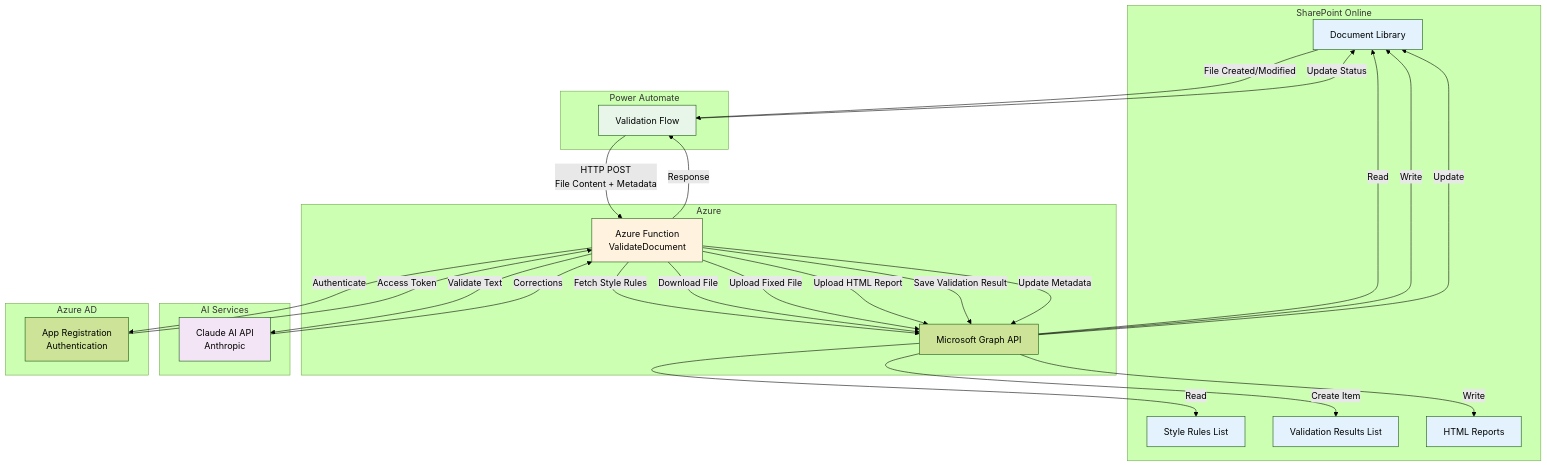
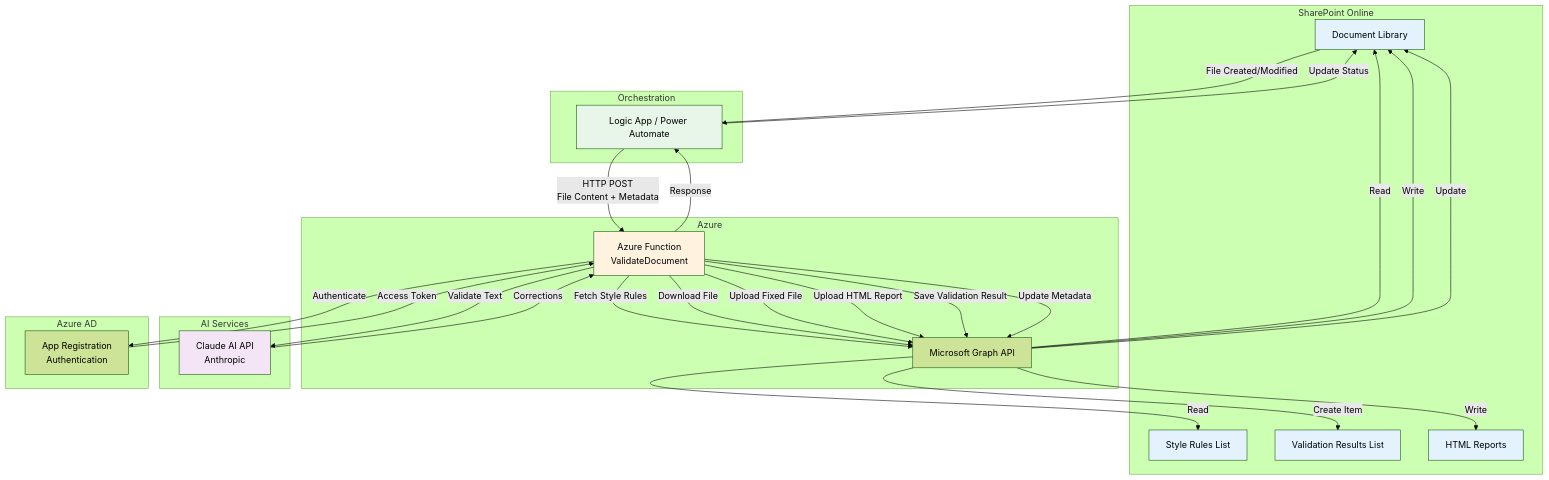
Before and after one commit to stephencummins/MaceStyle: the first of 4 diagrams in docs/1-technical-architecture.md, drawn with Mermaid (forest theme). The commit also changed other lines of this file and 4 other files, not shown here.

First line of the commit message:
Update all docs for v5.0: multi-format, Logic App, DevOps, UK spelling

````diff
--- a/docs/1-technical-architecture.md
+++ b/docs/1-technical-architecture.md
@@ -9,64 +9,64 @@
 ```mermaid
 graph TB
     subgraph "SharePoint Online"
         DOC[Document Library]
         RULES[Style Rules List]
         RESULTS[Validation Results List]
         REPORT[HTML Reports]
     end
 
-    subgraph "Power Automate"
-        FLOW[Validation Flow]
+    subgraph "Orchestration"
+        FLOW[Logic App / Power Automate]
     end
 
     subgraph "Azure"
         FUNC[Azure Function<br/>ValidateDocument]
         GRAPH[Microsoft Graph API]
     end
 
     subgraph "AI Services"
         CLAUDE[Claude AI API<br/>Anthropic]
     end
 
     subgraph "Azure AD"
         AUTH[App Registration<br/>Authentication]
     end
 
     DOC -->|File Created/Modified| FLOW
     FLOW -->|HTTP POST<br/>File Content + Metadata| FUNC
 
     FUNC -->|Authenticate| AUTH
     AUTH -->|Access Token| FUNC
 
     FUNC -->|Fetch Style Rules| GRAPH
     GRAPH -->|Read| RULES
 
     FUNC -->|Download File| GRAPH
     GRAPH -->|Read| DOC
 
     FUNC -->|Validate Text| CLAUDE
     CLAUDE -->|Corrections| FUNC
 
     FUNC -->|Upload Fixed File| GRAPH
     GRAPH -->|Write| DOC
 
     FUNC -->|Upload HTML Report| GRAPH
     GRAPH -->|Write| REPORT
 
     FUNC -->|Save Validation Result| GRAPH
     GRAPH -->|Create Item| RESULTS
 
     FUNC -->|Update Metadata| GRAPH
     GRAPH -->|Update| DOC
 
     FUNC -->|Response| FLOW
     FLOW -->|Update Status| DOC
 
     style DOC fill:#e3f2fd
     style RULES fill:#e3f2fd
     style RESULTS fill:#e3f2fd
     style REPORT fill:#e3f2fd
     style FUNC fill:#fff3e0
     style CLAUDE fill:#f3e5f5
     style FLOW fill:#e8f5e9
 ```
````
